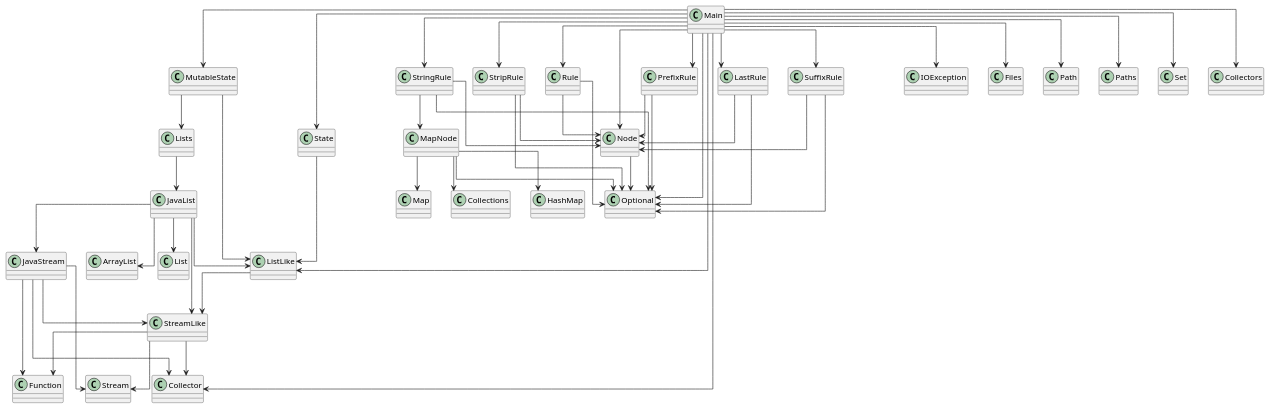
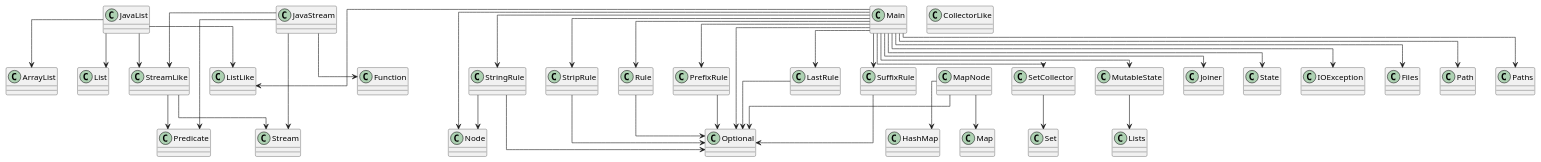
One commit to SirMathhman/Magma changed the diagram in diagram.puml. Above: the diagram before and after it, drawn with PlantUML. The commit also changed 8 other files, not shown here.

```diff
--- a/diagram.puml
+++ b/diagram.puml
@@ -1,73 +1,62 @@
 @startuml
 skinparam linetype ortho
 class ListLike
-ListLike --> StreamLike
 class Node
-Node --> Optional
 class StripRule
-StripRule --> Node
 StripRule --> Optional
 class Rule
-Rule --> Node
 Rule --> Optional
+class SetCollector
+SetCollector --> Set
 class StringRule
-StringRule --> MapNode
 StringRule --> Node
 StringRule --> Optional
 class JavaList
-JavaList --> JavaStream
 JavaList --> StreamLike
 JavaList --> ListLike
 JavaList --> ArrayList
 JavaList --> List
 class PrefixRule
-PrefixRule --> Node
 PrefixRule --> Optional
+class MutableState
+MutableState --> Lists
 class StreamLike
-StreamLike --> Function
-StreamLike --> Collector
+StreamLike --> Predicate
 StreamLike --> Stream
-class MutableState
-MutableState --> ListLike
-MutableState --> Lists
+class Joiner
+class CollectorLike
 class Main
+Main --> Joiner
 Main --> LastRule
 Main --> MutableState
 Main --> PrefixRule
 Main --> Rule
+Main --> SetCollector
 Main --> State
 Main --> StringRule
 Main --> StripRule
 Main --> SuffixRule
 Main --> ListLike
 Main --> Node
 Main --> IOException
 Main --> Files
 Main --> Path
 Main --> Paths
 Main --> Optional
-Main --> Set
-Main --> Collector
-Main --> Collectors
 class Lists
-Lists --> JavaList
 class MapNode
-MapNode --> Collections
 MapNode --> HashMap
 MapNode --> Map
 MapNode --> Optional
 class LastRule
-LastRule --> Node
 LastRule --> Optional
 class SuffixRule
-SuffixRule --> Node
 SuffixRule --> Optional
 class JavaStream
 JavaStream --> StreamLike
 JavaStream --> Function
-JavaStream --> Collector
+JavaStream --> Predicate
 JavaStream --> Stream
 class State
-State --> ListLike
 
 @enduml
```
